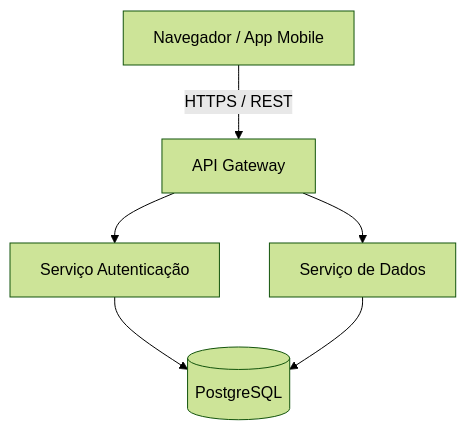
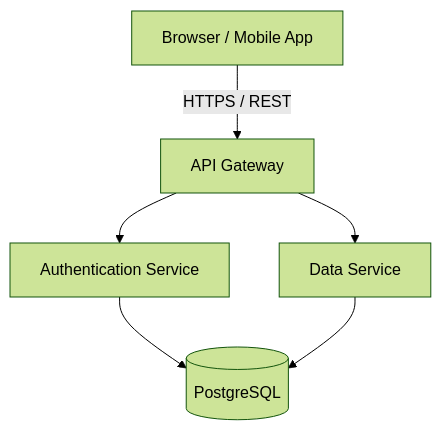
The diagram in knowledge/skills/languages/lang-markdown/examples/readme_template.md (dandgabr/Coacus), drawn with Mermaid (forest theme) before and after one commit. The commit also changed other lines of this file and 143 other files, not shown here.

````diff
--- a/knowledge/skills/languages/lang-markdown/examples/readme_template.md
+++ b/knowledge/skills/languages/lang-markdown/examples/readme_template.md
@@ -65,8 +65,8 @@
 ```mermaid
 flowchart TD
-    Cliente[Navegador / App Mobile] -->|HTTPS / REST| API[API Gateway]
-    API --> ServiceA[Serviço Autenticação]
-    API --> ServiceB[Serviço de Dados]
+    Client[Browser / Mobile App] -->|HTTPS / REST| API[API Gateway]
+    API --> ServiceA[Authentication Service]
+    API --> ServiceB[Data Service]
     ServiceA --> DB[(PostgreSQL)]
     ServiceB --> DB
 ```
````
